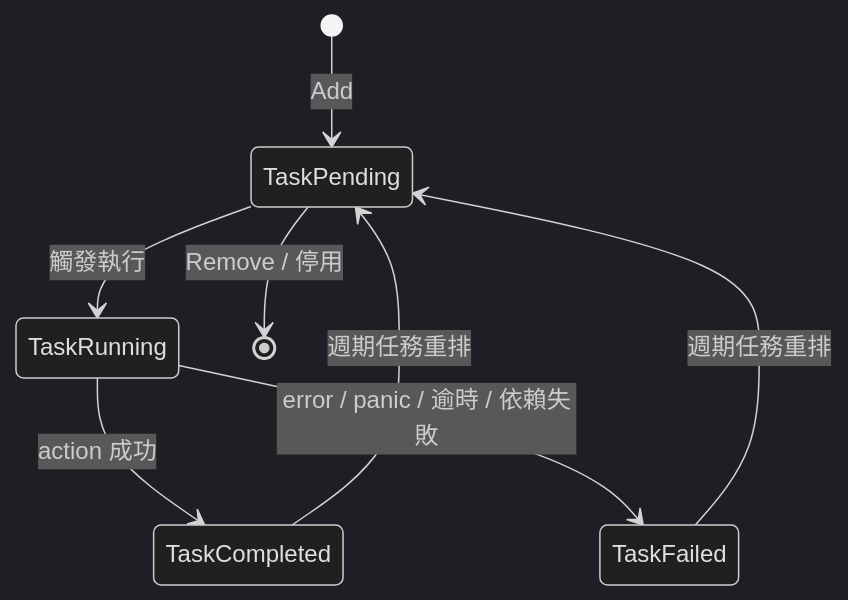
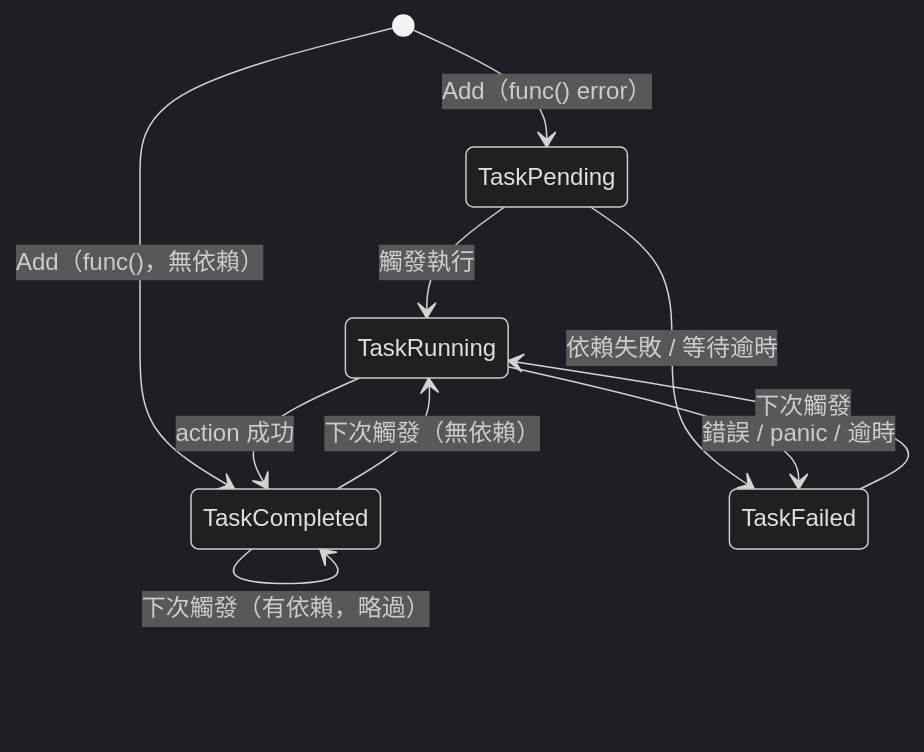
One commit to pardnchiu/go-scheduler changed the seventh of 7 diagrams in doc/architecture.zh.md. Above: the diagram before and after it, drawn with Mermaid (dark theme). The commit also changed other lines of this file and 6 other files, not shown here.

````diff
--- a/doc/architecture.zh.md
+++ b/doc/architecture.zh.md
@@ -137,10 +163,12 @@
 ```mermaid
 stateDiagram-v2
-    [*] --> TaskPending: Add
+    [*] --> TaskPending: Add（func() error）
+    [*] --> TaskCompleted: Add（func()，無依賴）
     TaskPending --> TaskRunning: 觸發執行
+    TaskPending --> TaskFailed: 依賴失敗 / 等待逾時
     TaskRunning --> TaskCompleted: action 成功
-    TaskRunning --> TaskFailed: error / panic / 逾時 / 依賴失敗
-    TaskCompleted --> TaskPending: 週期任務重排
-    TaskFailed --> TaskPending: 週期任務重排
-    TaskPending --> [*]: Remove / 停用
+    TaskRunning --> TaskFailed: 錯誤 / panic / 逾時
+    TaskCompleted --> TaskRunning: 下次觸發（無依賴）
+    TaskFailed --> TaskRunning: 下次觸發
+    TaskCompleted --> TaskCompleted: 下次觸發（有依賴，略過）
 ```
````
